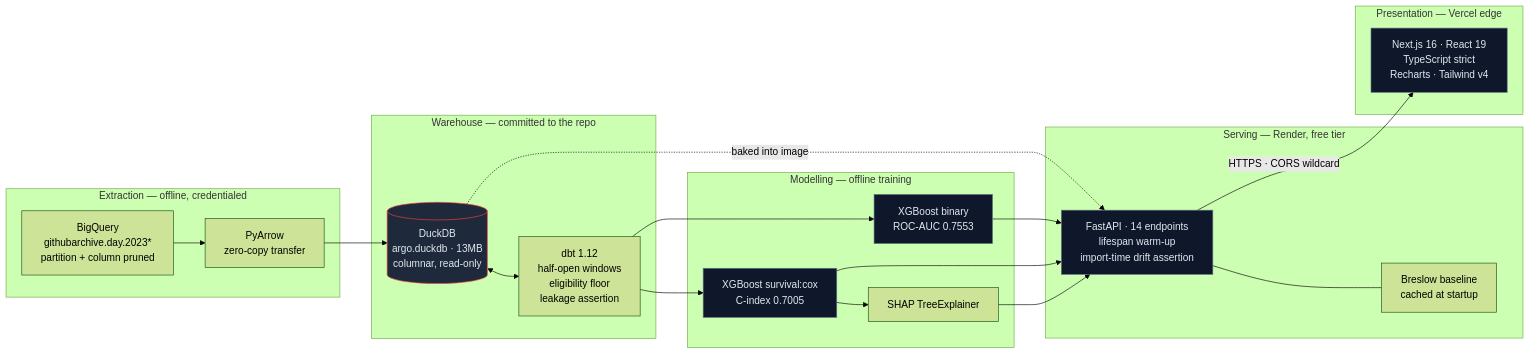
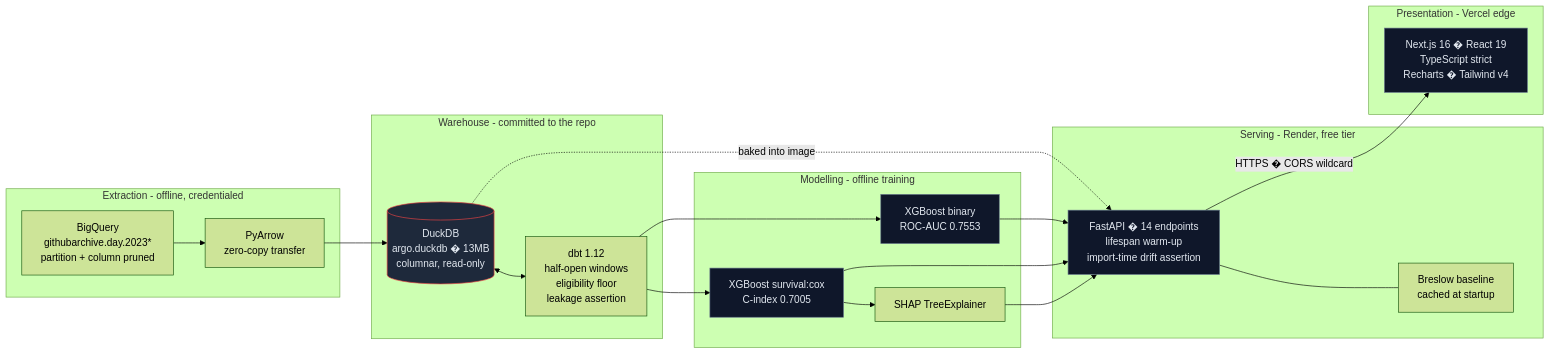
Before and after one commit to yash-rai-93/argo-data-platform: the diagram in README.md, drawn with Mermaid (forest theme). The commit also changed other lines of this file and 20 other files, not shown here.

````diff
--- a/README.md
+++ b/README.md
@@ -30,45 +30,45 @@
 ```mermaid
 flowchart LR
-    subgraph EXTRACT["Extraction — offline, credentialed"]
+    subgraph EXTRACT["Extraction - offline, credentialed"]
         BQ["BigQuery<br/>githubarchive.day.2023*<br/>partition + column pruned"]
         ARROW["PyArrow<br/>zero-copy transfer"]
         BQ --> ARROW
     end
 
-    subgraph WAREHOUSE["Warehouse — committed to the repo"]
-        DUCK[("DuckDB<br/>argo.duckdb · 13MB<br/>columnar, read-only")]
+    subgraph WAREHOUSE["Warehouse - committed to the repo"]
+        DUCK[("DuckDB<br/>argo.duckdb � 13MB<br/>columnar, read-only")]
         DBT["dbt 1.12<br/>half-open windows<br/>eligibility floor<br/>leakage assertion"]
         ARROW --> DUCK
         DUCK <--> DBT
     end
 
-    subgraph MODELS["Modelling — offline training"]
+    subgraph MODELS["Modelling - offline training"]
         COX["XGBoost survival:cox<br/>C-index 0.7005"]
         CLF["XGBoost binary<br/>ROC-AUC 0.7553"]
         SHAP["SHAP TreeExplainer"]
         DBT --> COX
         DBT --> CLF
         COX --> SHAP
     end
 
-    subgraph SERVE["Serving — Render, free tier"]
-        API["FastAPI · 14 endpoints<br/>lifespan warm-up<br/>import-time drift assertion"]
+    subgraph SERVE["Serving - Render, free tier"]
+        API["FastAPI � 14 endpoints<br/>lifespan warm-up<br/>import-time drift assertion"]
         BRES["Breslow baseline<br/>cached at startup"]
         API --- BRES
     end
 
-    subgraph EDGE["Presentation — Vercel edge"]
-        NEXT["Next.js 16 · React 19<br/>TypeScript strict<br/>Recharts · Tailwind v4"]
+    subgraph EDGE["Presentation - Vercel edge"]
+        NEXT["Next.js 16 � React 19<br/>TypeScript strict<br/>Recharts � Tailwind v4"]
     end
 
     COX --> API
     CLF --> API
     SHAP --> API
     DUCK -.->|"baked into image"| API
-    API -->|"HTTPS · CORS wildcard"| NEXT
+    API -->|"HTTPS � CORS wildcard"| NEXT
 
     classDef store fill:#1e293b,stroke:#ef4444,color:#e2e8f0
     classDef compute fill:#0f172a,stroke:#64748b,color:#e2e8f0
     class DUCK store
     class API,NEXT,COX,CLF compute
 ```
````
